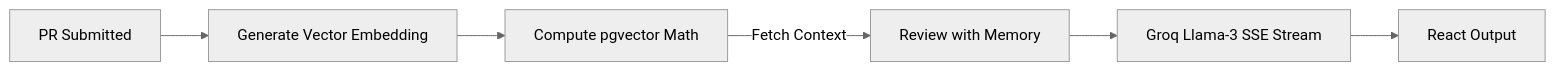
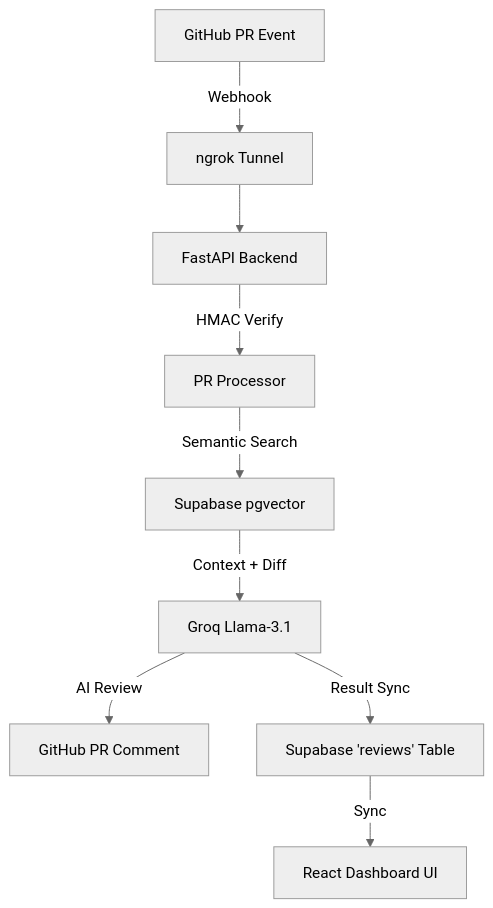
The diagram in README.md (nihannihu/Omni-SRE), drawn with Mermaid (neutral theme) before and after one commit. The commit also changed other lines of this file, not shown here.

Commit message:
Final Overhaul: Documentation, Branding, and Production-Ready Webhook Sync

````diff
--- a/README.md
+++ b/README.md
@@ -22,8 +25,11 @@
 ```mermaid
-graph LR
-    A[PR Submitted] --> B[Generate Vector Embedding]
-    B --> C[Compute pgvector Math]
-    C -->|Fetch Context| D[Review with Memory]
-    D --> E[Groq Llama-3 SSE Stream]
-    E --> F[React Output]
+graph TD
+    A[GitHub PR Event] -->|Webhook| B[ngrok Tunnel]
+    B --> C[FastAPI Backend]
+    C -->|HMAC Verify| D[PR Processor]
+    D -->|Semantic Search| E[Supabase pgvector]
+    E -->|Context + Diff| F[Groq Llama-3.1]
+    F -->|AI Review| G[GitHub PR Comment]
+    F -->|Result Sync| H[Supabase 'reviews' Table]
+    H -->|Sync| I[React Dashboard UI]
 ```
````
